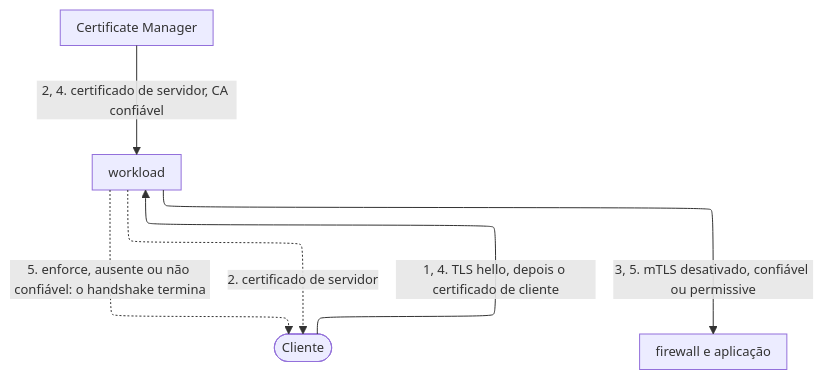
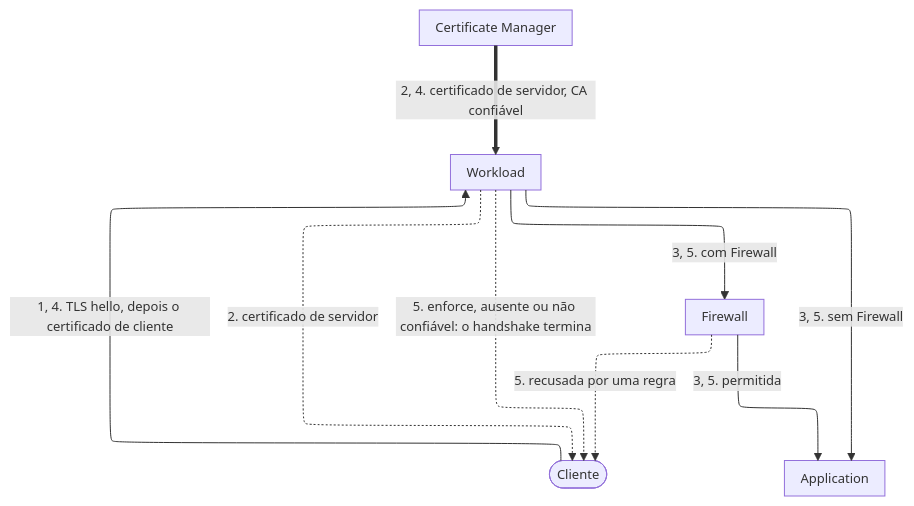
One commit to aziontech/docs changed the third of 5 diagrams in apps/docs/src/content/docs/pt-br/pages/secure/workloads/como-funciona.mdx. Above: the diagram before and after it, drawn with Mermaid. The commit also changed other lines of this file and 1 other file, not shown here.

````diff
--- a/apps/docs/src/content/docs/pt-br/pages/secure/workloads/como-funciona.mdx
+++ b/apps/docs/src/content/docs/pt-br/pages/secure/workloads/como-funciona.mdx
@@ -200,13 +210,17 @@
 ```mermaid
 %%{init: {"layout": "elk", "elk": {"cycleBreakingStrategy": "MODEL_ORDER"}, "themeVariables": {"fontSize": "13px"}, "flowchart": {"nodeSpacing": 24, "rankSpacing": 36, "padding": 8, "wrappingWidth": 150, "useMaxWidth": true}, "sequence": {"width": 120, "actorMargin": 30, "useMaxWidth": true}}}%%
 flowchart TD
   Client(["Cliente"])
-  WL["workload"]
+  WL["Workload"]
   CM["Certificate Manager"]
-  FW["firewall e aplicação"]
+  FW["Firewall"]
+  App["Application"]
   Client -->|"1, 4. TLS hello, depois o certificado de cliente"| WL
-  CM -->|"2, 4. certificado de servidor, CA confiável"| WL
+  CM ==>|"2, 4. certificado de servidor, CA confiável"| WL
   WL -.->|"2. certificado de servidor"| Client
   WL -.->|"5. enforce, ausente ou não confiável: o handshake termina"| Client
-  WL -->|"3, 5. mTLS desativado, confiável ou permissive"| FW
+  WL -->|"3, 5. com Firewall"| FW
+  WL -->|"3, 5. sem Firewall"| App
+  FW -->|"3, 5. permitida"| App
+  FW -.->|"5. recusada por uma regra"| Client
 ```
````
